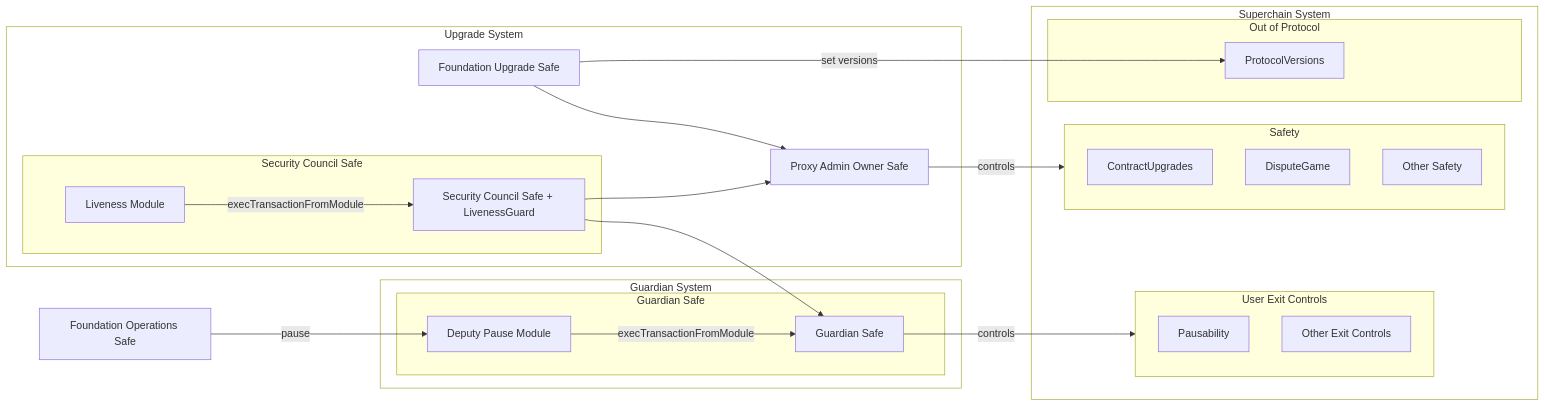
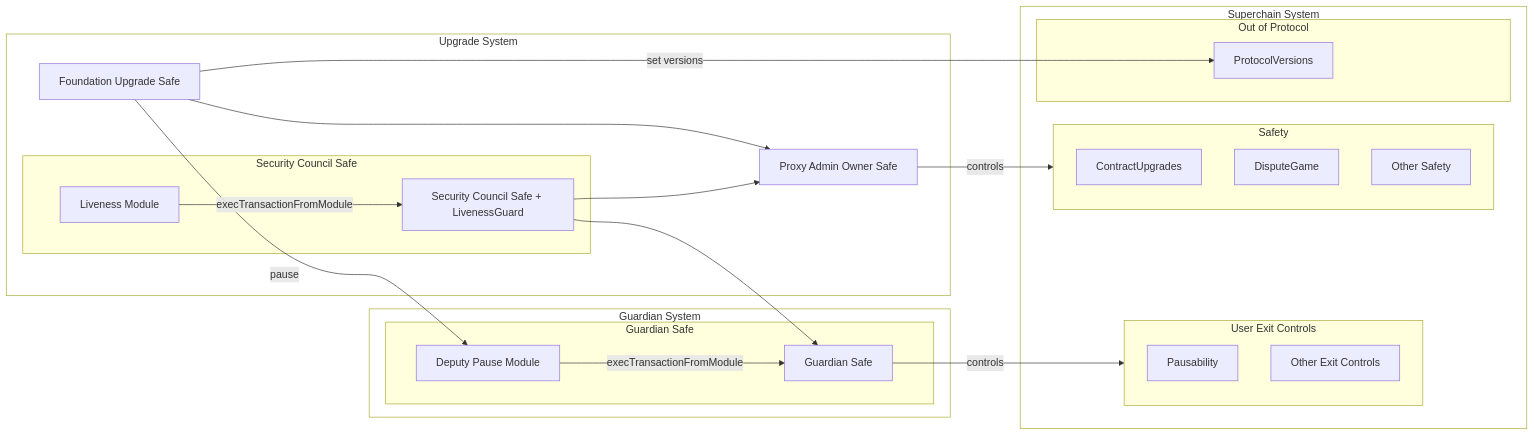
The diagram in specs/protocol/stage-1.md (ethereum-optimism/specs), drawn with Mermaid before and after one commit. The commit also changed 1 other file, not shown here.

Commit message:
stage-1,deputy-pause-module: name the Foundation Upgrade Safe as the DeputyPauseModule foundation safe (#975)

````diff
--- a/specs/protocol/stage-1.md
+++ b/specs/protocol/stage-1.md
@@ -223,47 +223,47 @@
 ```mermaid
 flowchart LR
    subgraph SuperchainSystem[Superchain System]
       subgraph Exit[User Exit Controls]
          Pausability
          OtherExit[Other Exit Controls]
       end
       subgraph Safety
          ContractUpgrades
          DisputeGame
          OtherSafety[Other Safety]
       end
       subgraph NonProtocol[Out of Protocol]
          PV[ProtocolVersions]
       end
    end
 
    subgraph UpgradeSystem[Upgrade System]
       FndUp[Foundation Upgrade Safe]
       PAO[Proxy Admin Owner Safe]
       subgraph Security Council Safe
          Council[Security Council Safe + LivenessGuard]
          LM[Liveness Module]
       end
    end
 
    subgraph GuardianSystem[Guardian System]
       subgraph GuardianSafe[Guardian Safe]
          GS[Guardian Safe]
          DPM[Deputy Pause Module]
       end
    end
 
     PAO -->|controls| Safety
     FndUp --> PAO
     Council --> PAO
     Council --> GS
-    FndOps[Foundation Operations Safe] -->|pause| DPM
+    FndUp -->|pause| DPM
     FndUp -->|set versions|PV
     LM -->|execTransactionFromModule| Council
     DPM -->|execTransactionFromModule| GS
     GS -->|controls| Exit
 
    %% Declare a class to make the outer boxes somewhat transparent to provide some contrast
    classDef outer fill:#ffffff44
    class SuperchainSystem,GuardianSystem,UpgradeSystem outer
 ```
````
